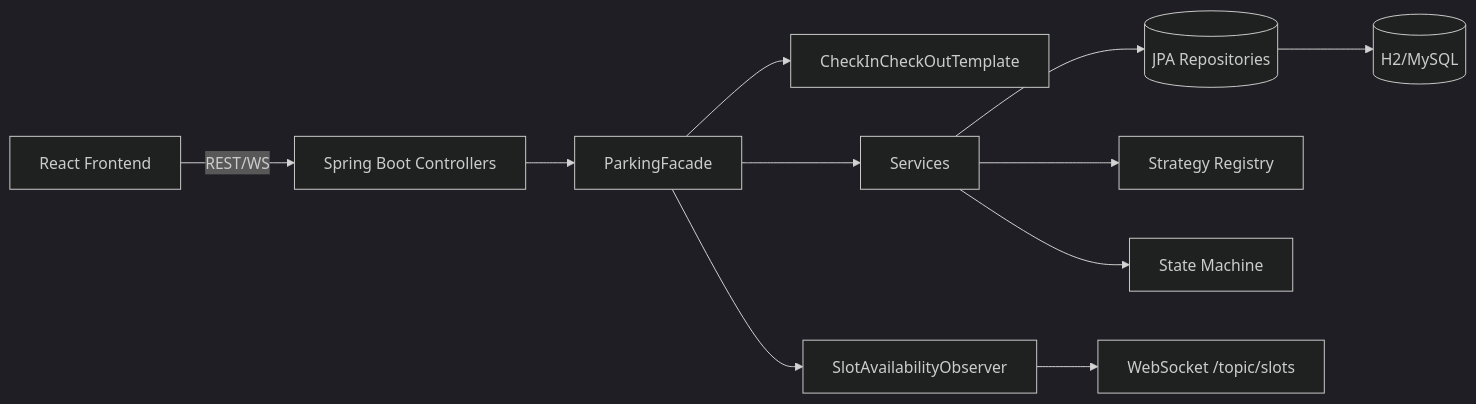
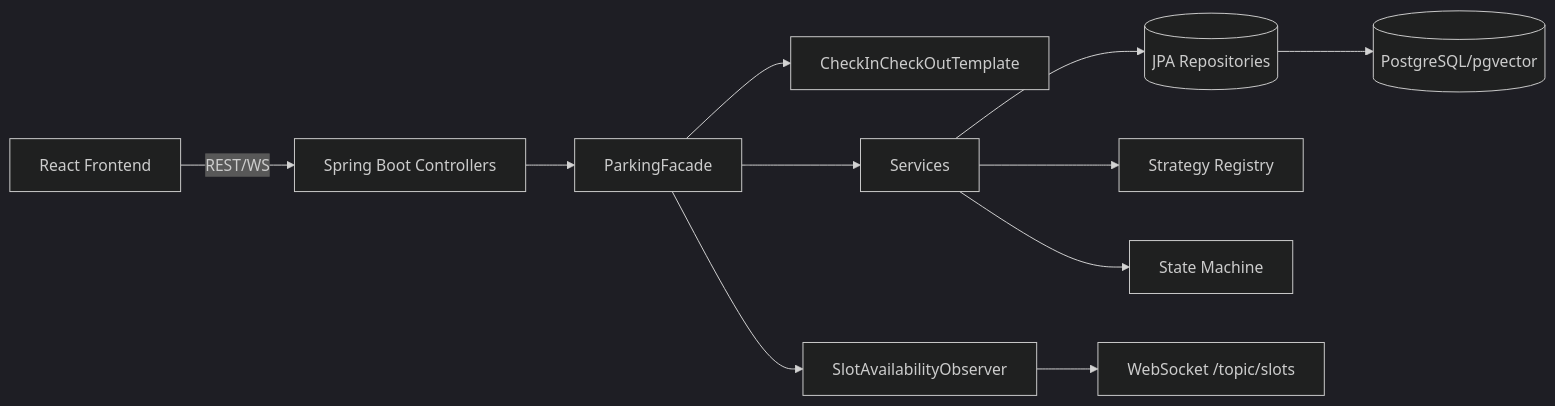
Before and after one commit to Kaal581993/Smart-Parking-Lot-System: the first of 5 diagrams in Readme.md, drawn with Mermaid (dark theme). The commit also changed other lines of this file and 49 other files, not shown here.

````diff
--- a/Readme.md
+++ b/Readme.md
@@ -56,13 +135,13 @@
 ```mermaid
 flowchart LR
   Client[React Frontend] -->|REST/WS| API[Spring Boot Controllers]
   API --> Facade[ParkingFacade]
   Facade --> Template[CheckInCheckOutTemplate]
   Facade --> Services[Services]
   Services --> Repo[(JPA Repositories)]
-  Repo --> DB[(H2/MySQL)]
+  Repo --> DB[(PostgreSQL/pgvector)]
   Services --> Strategy[Strategy Registry]
   Services --> State[State Machine]
   Facade --> Observer[SlotAvailabilityObserver]
   Observer --> WS[WebSocket /topic/slots]
 ```
````
